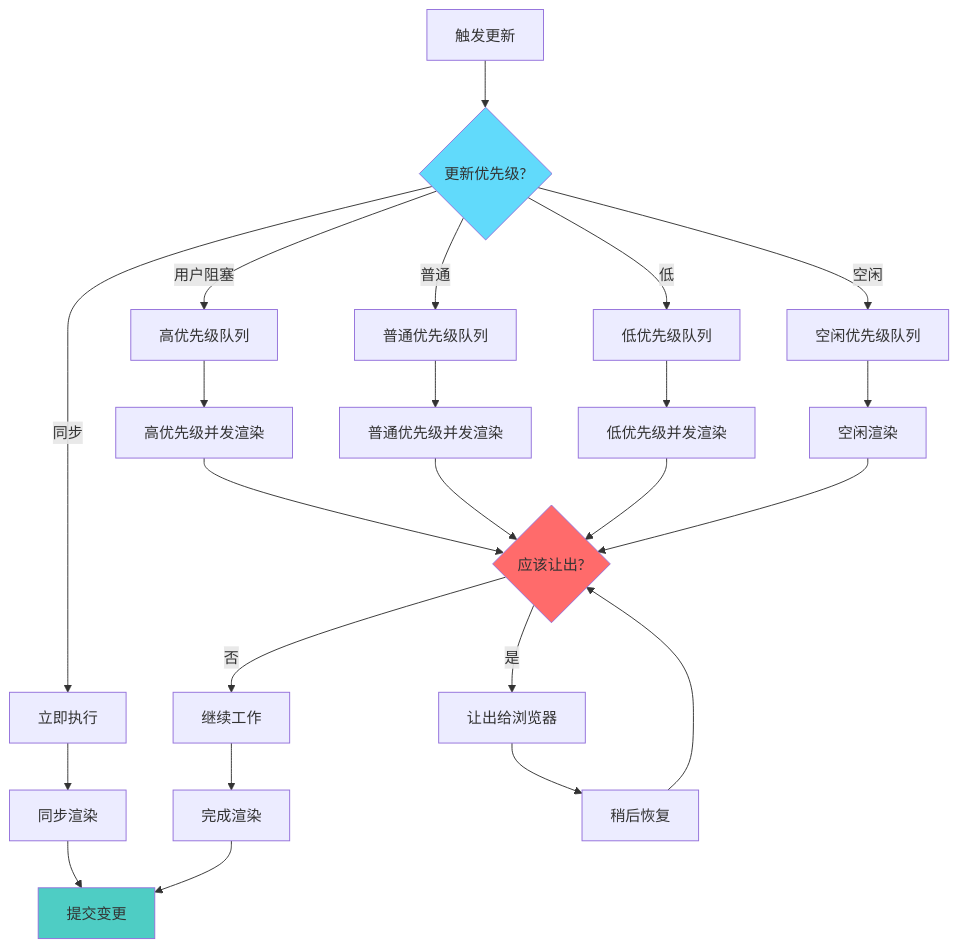
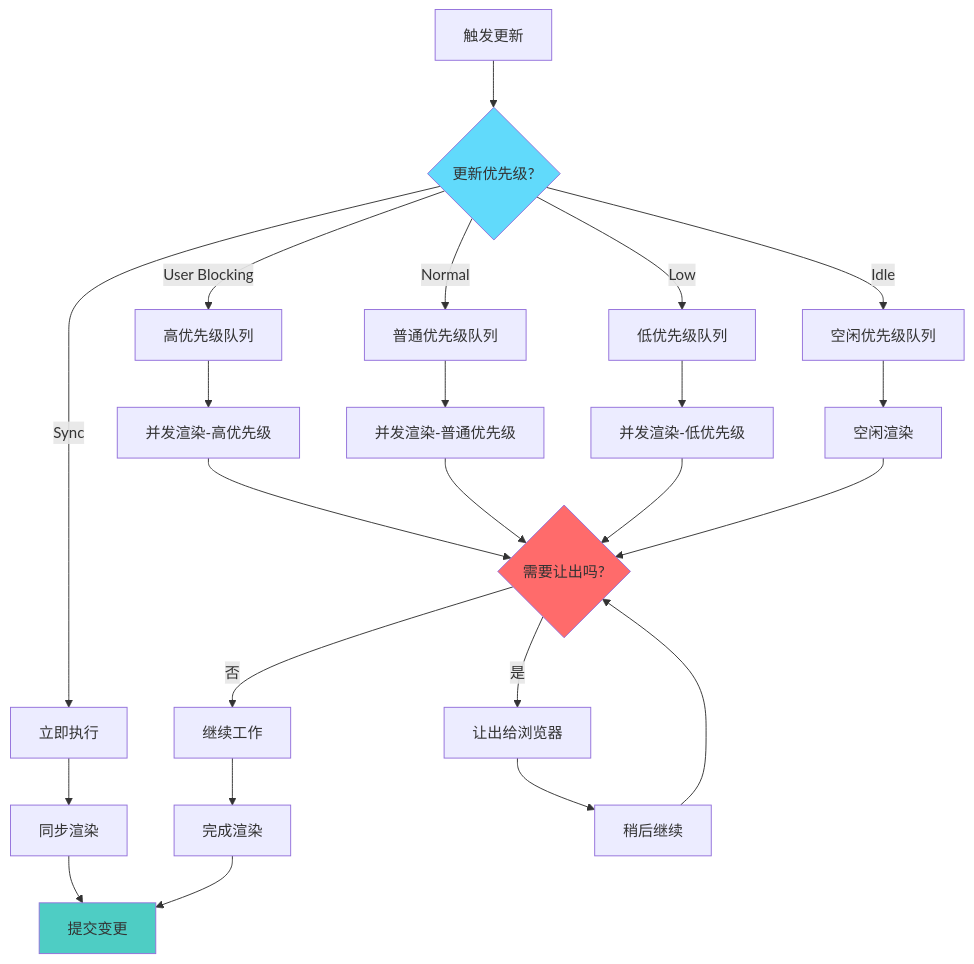
One commit to changcheng1/react18-source-implementation changed the eighth of 11 diagrams in README_CN.md. Above: the diagram before and after it, drawn with Mermaid. The commit also changed other lines of this file, not shown here.

````diff
--- a/README_CN.md
+++ b/README_CN.md
@@ -2040,35 +1171,35 @@
 ```mermaid
 flowchart TD
     A[触发更新] --> B{更新优先级?}
 
-    B -->|同步| C[立即执行]
-    B -->|用户阻塞| D[高优先级队列]
-    B -->|普通| E[普通优先级队列]
-    B -->|低| F[低优先级队列]
-    B -->|空闲| G[空闲优先级队列]
+    B -->|Sync| C[立即执行]
+    B -->|User Blocking| D[高优先级队列]
+    B -->|Normal| E[普通优先级队列]
+    B -->|Low| F[低优先级队列]
+    B -->|Idle| G[空闲优先级队列]
 
     C --> H[同步渲染]
-    D --> I[高优先级并发渲染]
-    E --> J[普通优先级并发渲染]
-    F --> K[低优先级并发渲染]
+    D --> I[并发渲染-高优先级]
+    E --> J[并发渲染-普通优先级]
+    F --> K[并发渲染-低优先级]
     G --> L[空闲渲染]
 
-    I --> M{应该让出?}
+    I --> M{需要让出吗?}
     J --> M
     K --> M
     L --> M
 
     M -->|否| N[继续工作]
     M -->|是| O[让出给浏览器]
 
     N --> P[完成渲染]
-    O --> Q[稍后恢复]
+    O --> Q[稍后继续]
     Q --> M
 
     H --> R[提交变更]
     P --> R
 
     style B fill:#61dafb
     style M fill:#ff6b6b
     style R fill:#4ecdc4
 ```
````
